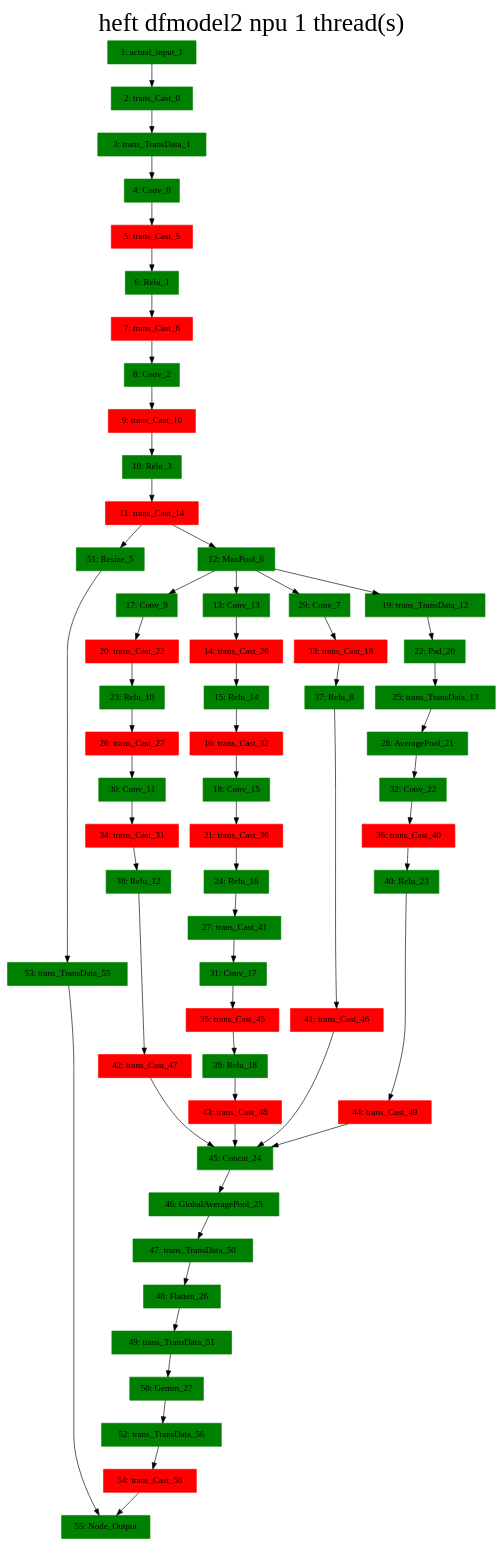
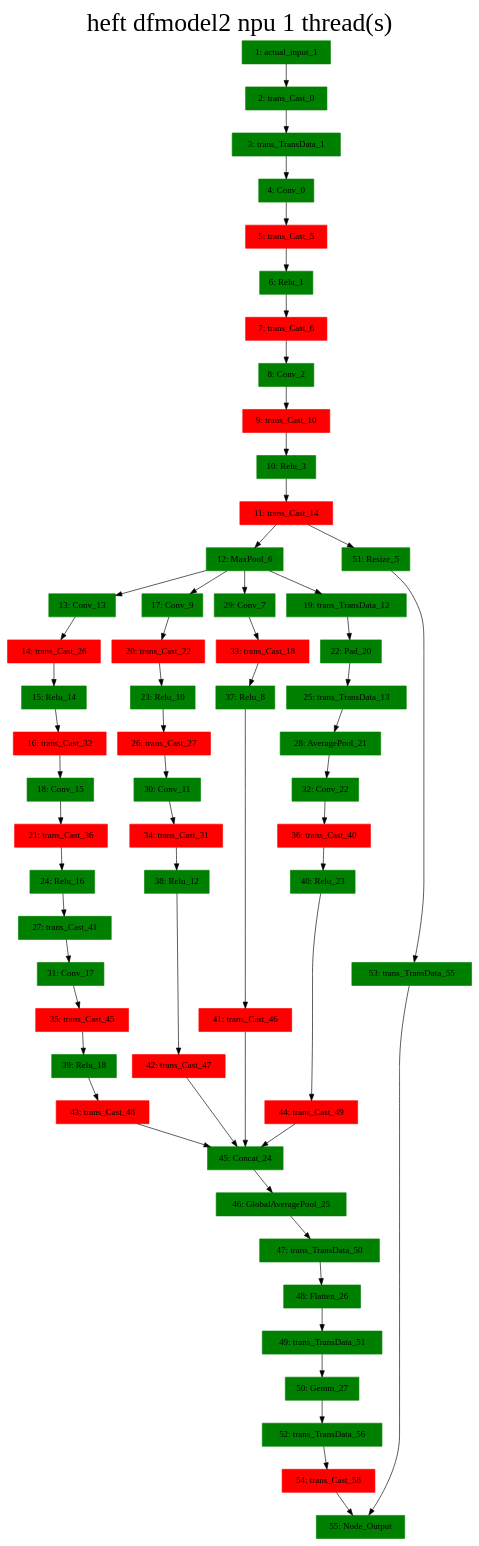
One commit to summerspringwei/DAG-Scheduler changed the diagram in mnn/models/dfmodel2/npu/heft-graphviz-dfmodel2-cpu-1.gv. Above: the diagram before and after it, drawn with Graphviz. The commit also changed other lines of this file and 32 other files, not shown here.

```diff
--- a/mnn/models/dfmodel2/npu/heft-graphviz-dfmodel2-cpu-1.gv
+++ b/mnn/models/dfmodel2/npu/heft-graphviz-dfmodel2-cpu-1.gv
@@ -1,118 +1,118 @@
 digraph G {
 label     = "heft dfmodel2 npu 1 thread(s)"
     labelloc  =  t // t: Place the graph's title on top.
     fontsize  = 40 // Make title stand out by giving a large font size
     fontcolor = black"1: actual_input_1"->"2: trans_Cast_0";
 "1: actual_input_1" [shape=box,style=filled,color=green];
 "2: trans_Cast_0"->"3: trans_TransData_1";
 "2: trans_Cast_0" [shape=box,style=filled,color=green];
 "3: trans_TransData_1"->"4: Conv_0";
 "3: trans_TransData_1" [shape=box,style=filled,color=green];
 "4: Conv_0"->"5: trans_Cast_5";
 "4: Conv_0" [shape=box,style=filled,color=green];
 "5: trans_Cast_5"->"6: Relu_1";
 "5: trans_Cast_5" [shape=box,style=filled,color=red];
 "6: Relu_1"->"7: trans_Cast_6";
 "6: Relu_1" [shape=box,style=filled,color=green];
 "7: trans_Cast_6"->"8: Conv_2";
 "7: trans_Cast_6" [shape=box,style=filled,color=red];
 "8: Conv_2"->"9: trans_Cast_10";
 "8: Conv_2" [shape=box,style=filled,color=green];
 "9: trans_Cast_10"->"10: Relu_3";
 "9: trans_Cast_10" [shape=box,style=filled,color=red];
 "10: Relu_3"->"11: trans_Cast_14";
 "10: Relu_3" [shape=box,style=filled,color=green];
+"11: trans_Cast_14"->"12: MaxPool_6";
 "11: trans_Cast_14"->"51: Resize_5";
-"11: trans_Cast_14"->"12: MaxPool_6";
 "11: trans_Cast_14" [shape=box,style=filled,color=red];
 "51: Resize_5"->"53: trans_TransData_55";
 "51: Resize_5" [shape=box,style=filled,color=green];
 "53: trans_TransData_55"->"55: Node_Output";
 "53: trans_TransData_55" [shape=box,style=filled,color=green];
+"12: MaxPool_6"->"13: Conv_13";
 "12: MaxPool_6"->"17: Conv_9";
-"12: MaxPool_6"->"13: Conv_13";
 "12: MaxPool_6"->"29: Conv_7";
 "12: MaxPool_6"->"19: trans_TransData_12";
 "12: MaxPool_6" [shape=box,style=filled,color=green];
 "29: Conv_7"->"33: trans_Cast_18";
 "29: Conv_7" [shape=box,style=filled,color=green];
 "33: trans_Cast_18"->"37: Relu_8";
 "33: trans_Cast_18" [shape=box,style=filled,color=red];
 "37: Relu_8"->"41: trans_Cast_46";
 "37: Relu_8" [shape=box,style=filled,color=green];
 "41: trans_Cast_46"->"45: Concat_24";
 "41: trans_Cast_46" [shape=box,style=filled,color=red];
 "17: Conv_9"->"20: trans_Cast_22";
 "17: Conv_9" [shape=box,style=filled,color=green];
 "20: trans_Cast_22"->"23: Relu_10";
 "20: trans_Cast_22" [shape=box,style=filled,color=red];
 "23: Relu_10"->"26: trans_Cast_27";
 "23: Relu_10" [shape=box,style=filled,color=green];
 "26: trans_Cast_27"->"30: Conv_11";
 "26: trans_Cast_27" [shape=box,style=filled,color=red];
 "30: Conv_11"->"34: trans_Cast_31";
 "30: Conv_11" [shape=box,style=filled,color=green];
 "34: trans_Cast_31"->"38: Relu_12";
 "34: trans_Cast_31" [shape=box,style=filled,color=red];
 "38: Relu_12"->"42: trans_Cast_47";
 "38: Relu_12" [shape=box,style=filled,color=green];
 "42: trans_Cast_47"->"45: Concat_24";
 "42: trans_Cast_47" [shape=box,style=filled,color=red];
 "13: Conv_13"->"14: trans_Cast_26";
 "13: Conv_13" [shape=box,style=filled,color=green];
 "14: trans_Cast_26"->"15: Relu_14";
 "14: trans_Cast_26" [shape=box,style=filled,color=red];
 "15: Relu_14"->"16: trans_Cast_32";
 "15: Relu_14" [shape=box,style=filled,color=green];
 "16: trans_Cast_32"->"18: Conv_15";
 "16: trans_Cast_32" [shape=box,style=filled,color=red];
 "18: Conv_15"->"21: trans_Cast_36";
 "18: Conv_15" [shape=box,style=filled,color=green];
 "21: trans_Cast_36"->"24: Relu_16";
 "21: trans_Cast_36" [shape=box,style=filled,color=red];
 "24: Relu_16"->"27: trans_Cast_41";
 "24: Relu_16" [shape=box,style=filled,color=green];
 "27: trans_Cast_41"->"31: Conv_17";
 "27: trans_Cast_41" [shape=box,style=filled,color=green];
 "31: Conv_17"->"35: trans_Cast_45";
 "31: Conv_17" [shape=box,style=filled,color=green];
 "35: trans_Cast_45"->"39: Relu_18";
 "35: trans_Cast_45" [shape=box,style=filled,color=red];
 "39: Relu_18"->"43: trans_Cast_48";
 "39: Relu_18" [shape=box,style=filled,color=green];
 "43: trans_Cast_48"->"45: Concat_24";
 "43: trans_Cast_48" [shape=box,style=filled,color=red];
 "19: trans_TransData_12"->"22: Pad_20";
 "19: trans_TransData_12" [shape=box,style=filled,color=green];
 "22: Pad_20"->"25: trans_TransData_13";
 "22: Pad_20" [shape=box,style=filled,color=green];
 "25: trans_TransData_13"->"28: AveragePool_21";
 "25: trans_TransData_13" [shape=box,style=filled,color=green];
 "28: AveragePool_21"->"32: Conv_22";
 "28: AveragePool_21" [shape=box,style=filled,color=green];
 "32: Conv_22"->"36: trans_Cast_40";
 "32: Conv_22" [shape=box,style=filled,color=green];
 "36: trans_Cast_40"->"40: Relu_23";
 "36: trans_Cast_40" [shape=box,style=filled,color=red];
 "40: Relu_23"->"44: trans_Cast_49";
 "40: Relu_23" [shape=box,style=filled,color=green];
 "44: trans_Cast_49"->"45: Concat_24";
 "44: trans_Cast_49" [shape=box,style=filled,color=red];
 "45: Concat_24"->"46: GlobalAveragePool_25";
 "45: Concat_24" [shape=box,style=filled,color=green];
 "46: GlobalAveragePool_25"->"47: trans_TransData_50";
 "46: GlobalAveragePool_25" [shape=box,style=filled,color=green];
 "47: trans_TransData_50"->"48: Flatten_26";
 "47: trans_TransData_50" [shape=box,style=filled,color=green];
 "48: Flatten_26"->"49: trans_TransData_51";
 "48: Flatten_26" [shape=box,style=filled,color=green];
 "49: trans_TransData_51"->"50: Gemm_27";
 "49: trans_TransData_51" [shape=box,style=filled,color=green];
 "50: Gemm_27"->"52: trans_TransData_56";
 "50: Gemm_27" [shape=box,style=filled,color=green];
 "52: trans_TransData_56"->"54: trans_Cast_58";
 "52: trans_TransData_56" [shape=box,style=filled,color=green];
 "54: trans_Cast_58"->"55: Node_Output";
 "54: trans_Cast_58" [shape=box,style=filled,color=red];
 "55: Node_Output" [shape=box,style=filled,color=green];
 }
```
